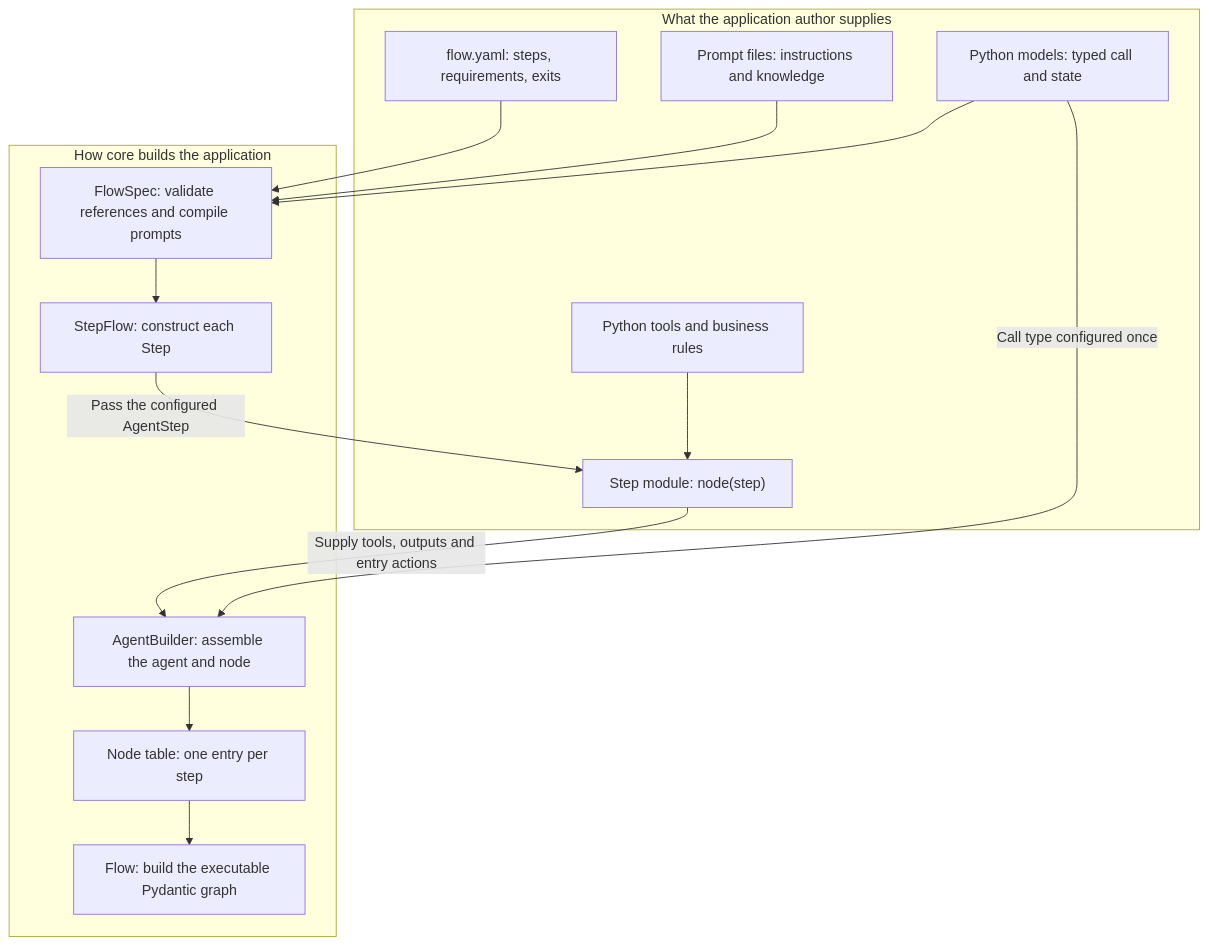
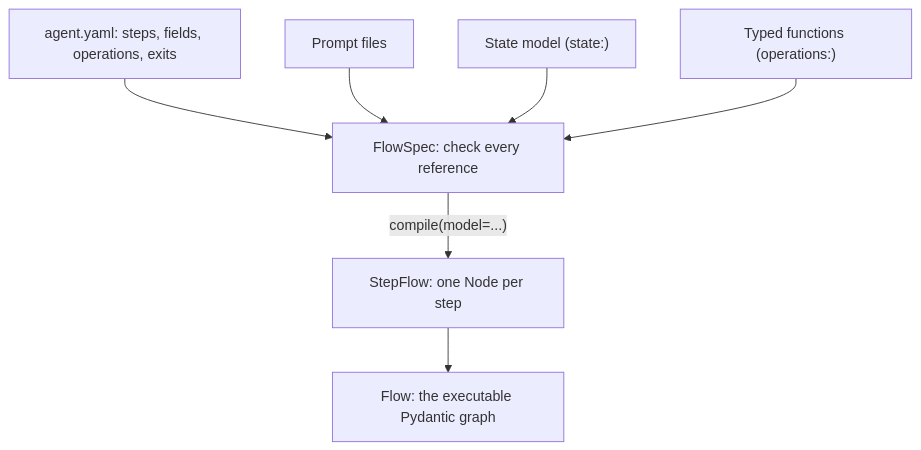
Before and after one commit to slng-ai/unmute-beat: the third of 7 diagrams in README.md, drawn with Mermaid. The commit also changed other lines of this file and 13 other files, not shown here.

First line of the commit message:
Gate 1 rerun failed (19/20: verify's model opened the detour badly); asks: code asks for the missing number; README and CLAUDE.md rewritten for node agents

````diff
--- a/README.md
+++ b/README.md
@@ -222,29 +251,9 @@
 ```mermaid
 flowchart TD
-    subgraph Application["What the application author supplies"]
-        YAML["flow.yaml: steps, requirements, exits"]
-        Prompt["Prompt files: instructions and knowledge"]
-        Models["Python models: typed call and state"]
-        Code["Step module: node(step)"]
-        Rules["Python tools and business rules"]
-    end
-
-    subgraph Core["How core builds the application"]
-        Spec["FlowSpec: validate references and compile prompts"]
-        Steps["StepFlow: construct each Step"]
-        Builder["AgentBuilder: assemble the agent and node"]
-        Nodes["Node table: one entry per step"]
-        FlowGraph["Flow: build the executable Pydantic graph"]
-    end
-
-    YAML --> Spec
-    Prompt --> Spec
-    Models --> Spec
-    Spec --> Steps
-    Steps -->|"Pass the configured AgentStep"| Code
-    Rules --> Code
-    Code -->|"Supply tools, outputs and entry actions"| Builder
-    Models -->|"Call type configured once"| Builder
-    Builder --> Nodes
-    Nodes --> FlowGraph
+    YAML["agent.yaml: steps, fields, operations, exits"] --> Spec["FlowSpec: check every reference"]
+    Prompt["Prompt files"] --> Spec
+    State["State model (state:)"] --> Spec
+    Funcs["Typed functions (operations:)"] --> Spec
+    Spec -->|"compile(model=...)"| Steps["StepFlow: one Node per step"]
+    Steps --> Graph["Flow: the executable Pydantic graph"]
 ```
````
